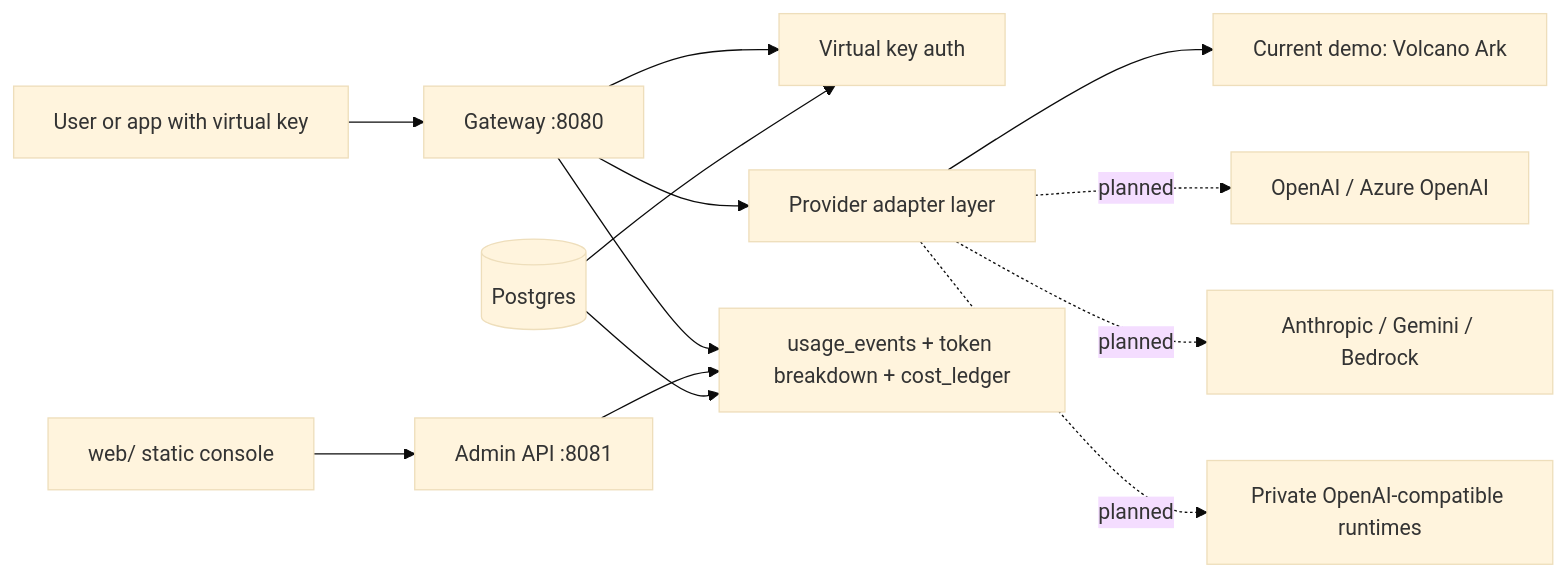
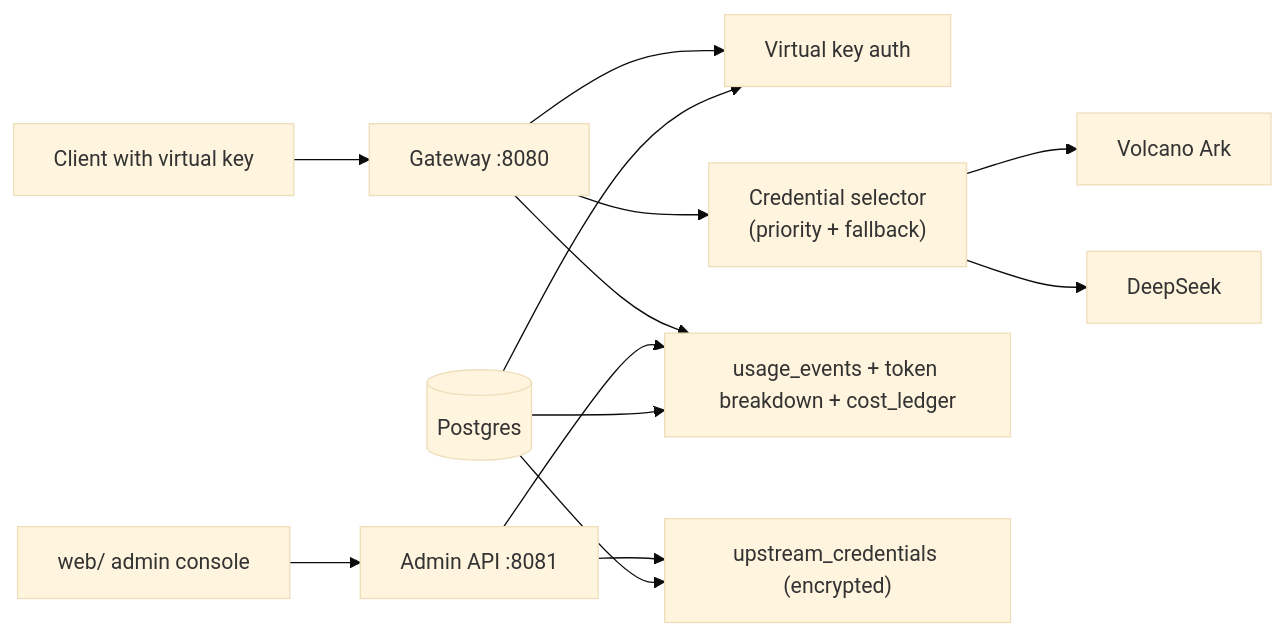
One commit to CcCalana/omnitoken changed the diagram in README.md. Above: the diagram before and after it, drawn with Mermaid (base theme). The commit also changed other lines of this file and 2 other files, not shown here.

First line of the commit message:
docs: rewrite READMEs for v1 user-facing deployment

````diff
--- a/README.md
+++ b/README.md
@@ -93,15 +69,15 @@
 ```mermaid
 flowchart LR
-  User["User or app with virtual key"] --> Gateway["Gateway :8080"]
+  User["Client with virtual key"] --> Gateway["Gateway :8080"]
   Gateway --> Auth["Virtual key auth"]
-  Gateway --> Adapters["Provider adapter layer"]
-  Adapters --> Ark["Current demo: Volcano Ark"]
-  Adapters -. planned .-> OpenAI["OpenAI / Azure OpenAI"]
-  Adapters -. planned .-> Native["Anthropic / Gemini / Bedrock"]
-  Adapters -. planned .-> Private["Private OpenAI-compatible runtimes"]
+  Gateway --> Selector["Credential selector<br/>(priority + fallback)"]
+  Selector --> Ark["Volcano Ark"]
+  Selector --> DeepSeek["DeepSeek"]
   Gateway --> Usage["usage_events + token breakdown + cost_ledger"]
   Admin["Admin API :8081"] --> Usage
-  Web["web/ static console"] --> Admin
+  Admin --> Credentials["upstream_credentials (encrypted)"]
+  Web["web/ admin console"] --> Admin
   Postgres[(Postgres)] --> Auth
   Postgres --> Usage
+  Postgres --> Credentials
 ```
````
